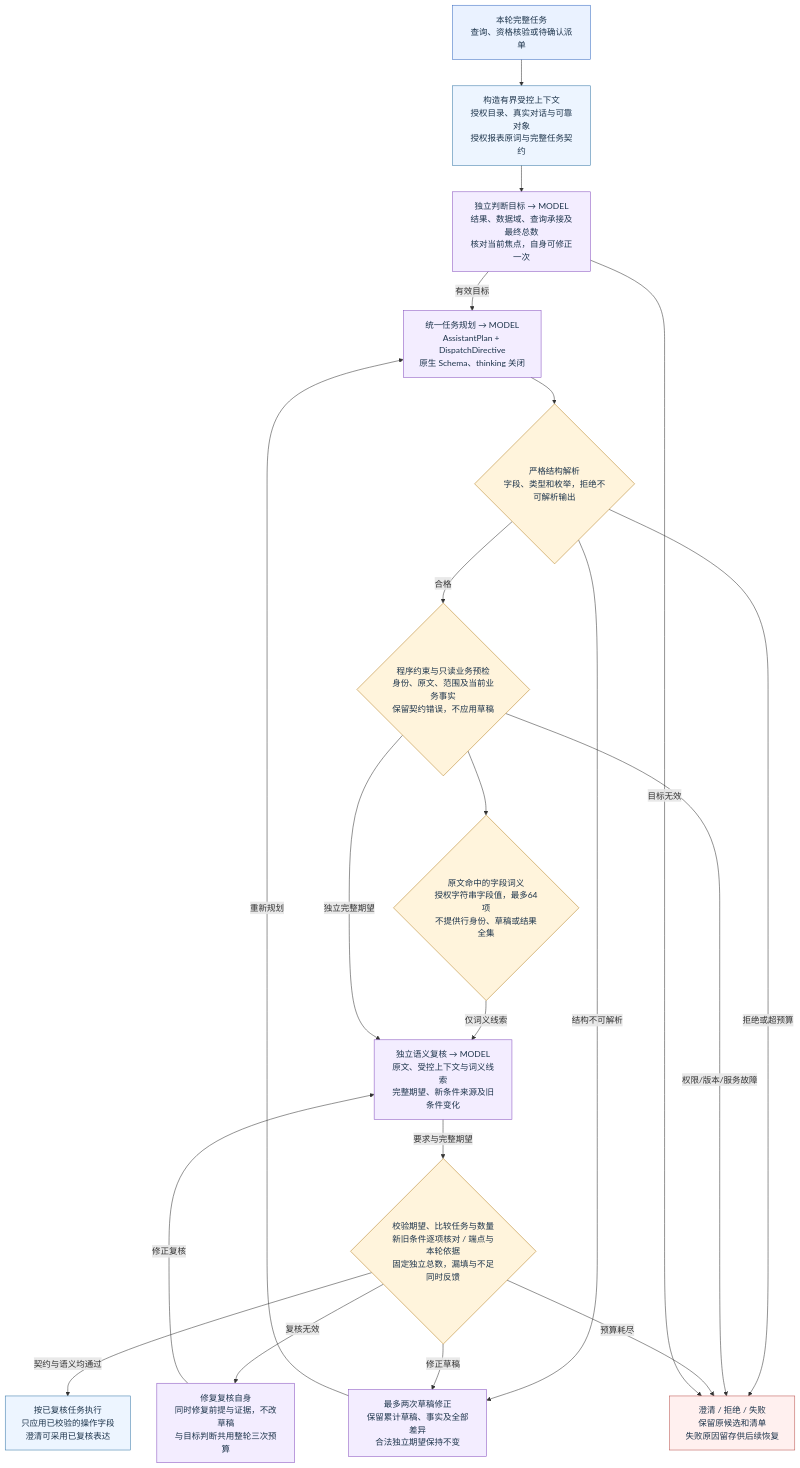
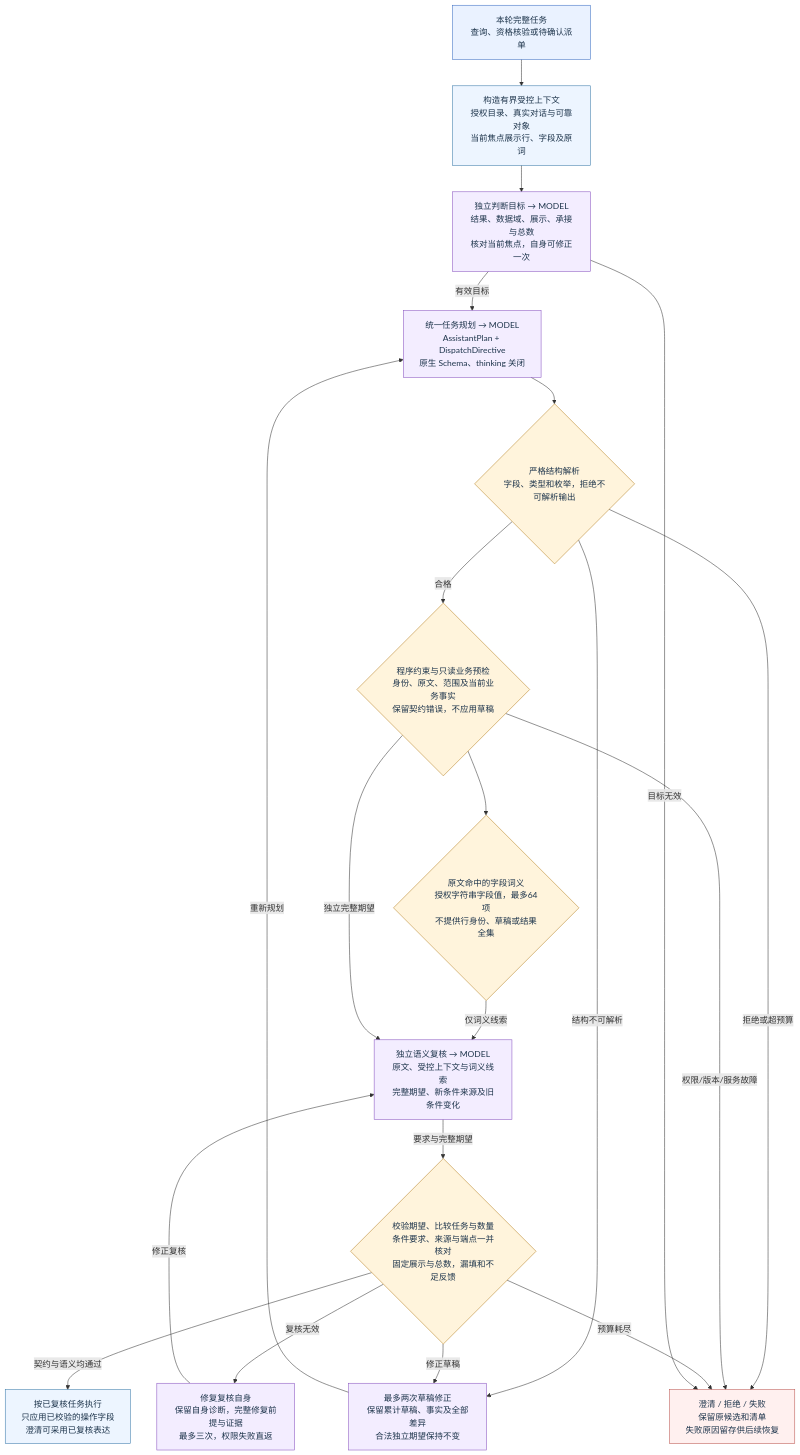
One commit to QSZJAVA/agent_demo changed the diagram in docs/diagrams/demo-final/02.mmd. Above: the diagram before and after it, drawn with Mermaid. The commit also changed 327 other files, not shown here.

```diff
--- a/docs/diagrams/demo-final/02.mmd
+++ b/docs/diagrams/demo-final/02.mmd
@@ -1,40 +1,40 @@
 flowchart TD
   in["本轮完整任务<br/>查询、资格核验或待确认派单"]:::ui
-  context["构造有界受控上下文<br/>授权目录、真实对话与可靠对象<br/>授权报表原词与完整任务契约"]:::agent
+  context["构造有界受控上下文<br/>授权目录、真实对话与可靠对象<br/>当前焦点展示行、字段及原词"]:::agent
   model["统一任务规划 → MODEL<br/>AssistantPlan + DispatchDirective<br/>原生 Schema、thinking 关闭"]:::model
   codec{"严格结构解析<br/>字段、类型和枚举，拒绝不可解析输出"}:::guard
   retry["最多两次草稿修正<br/>保留累计草稿、事实及全部差异<br/>合法独立期望保持不变"]:::model
   draft{"程序约束与只读业务预检<br/>身份、原文、范围及当前业务事实<br/>保留契约错误，不应用草稿"}:::guard
   terms{"原文命中的字段词义<br/>授权字符串字段值，最多64项<br/>不提供行身份、草稿或结果全集"}:::guard
-  purpose["独立判断目标 → MODEL<br/>结果、数据域、查询承接及最终总数<br/>核对当前焦点，自身可修正一次"]:::model
+  purpose["独立判断目标 → MODEL<br/>结果、数据域、展示、承接与总数<br/>核对当前焦点，自身可修正一次"]:::model
   review["独立语义复核 → MODEL<br/>原文、受控上下文与词义线索<br/>完整期望、新条件来源及旧条件变化"]:::model
-  compare{"校验期望、比较任务与数量<br/>新旧条件逐项核对 / 端点与本轮依据<br/>固定独立总数，漏填与不足同时反馈"}:::guard
-  reviewfix["修复复核自身<br/>同时修复前提与证据，不改草稿<br/>与目标判断共用整轮三次预算"]:::model
+  compare{"校验期望、比较任务与数量<br/>条件要求、来源与端点一并核对<br/>固定展示与总数，漏填和不足反馈"}:::guard
+  reviewfix["修复复核自身<br/>保留自身诊断，完整修复前提与证据<br/>最多三次，权限失败直返"]:::model
   fail["澄清 / 拒绝 / 失败<br/>保留原候选和清单<br/>失败原因留存供后续恢复"]:::error
   apply["按已复核任务执行<br/>只应用已校验的操作字段<br/>澄清可采用已复核表达"]:::agent
   in --> context
   model --> codec
   codec -->|"合格"| draft
   codec -->|"结构不可解析"| retry
   codec -->|"拒绝或超预算"| fail
   draft --> terms
   terms -->|"仅词义线索"| review
   draft -->|"权限/版本/服务故障"| fail
   review -->|"要求与完整期望"| compare
   compare -->|"契约与语义均通过"| apply
   compare -->|"修正草稿"| retry
   compare -->|"预算耗尽"| fail
   compare -->|"复核无效"| reviewfix
   reviewfix -->|"修正复核"| review
   retry -->|"重新规划"| model
   context --> purpose
   purpose -->|"有效目标"| model
   purpose -->|"目标无效"| fail
   draft -->|"独立完整期望"| review
   classDef ui fill:#eaf2ff,stroke:#386bc1,color:#1e354c
   classDef agent fill:#edf5ff,stroke:#3778a8,color:#1e354c
   classDef model fill:#f3edff,stroke:#8751bf,color:#1e354c
   classDef business fill:#e8f7ef,stroke:#268255,color:#1e354c
   classDef guard fill:#fff4dc,stroke:#b58022,color:#1e354c
   classDef error fill:#fff0ef,stroke:#ba534e,color:#1e354c
   classDef store fill:#edf1f5,stroke:#60768b,color:#1e354c
```
